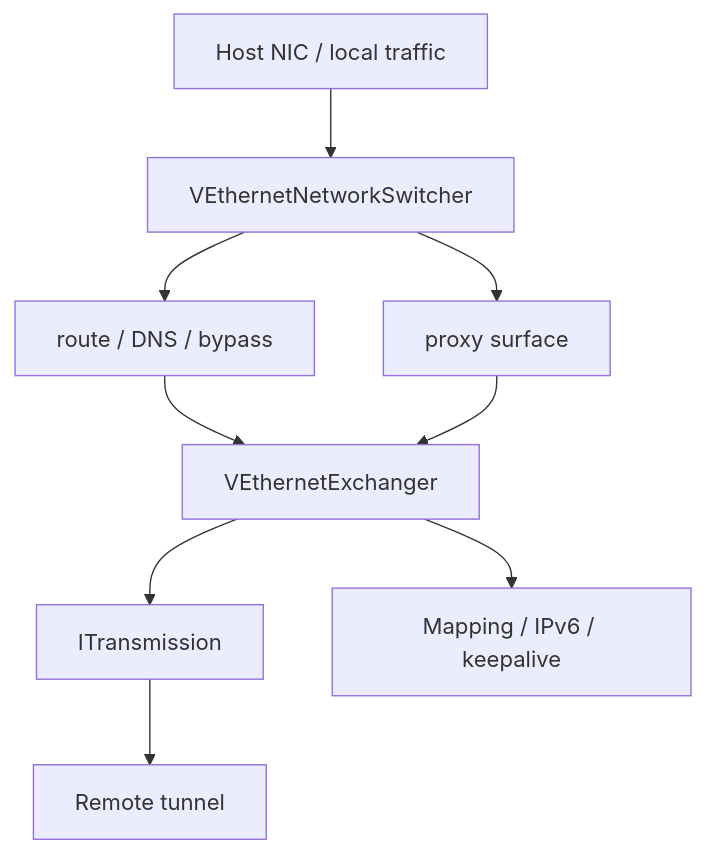
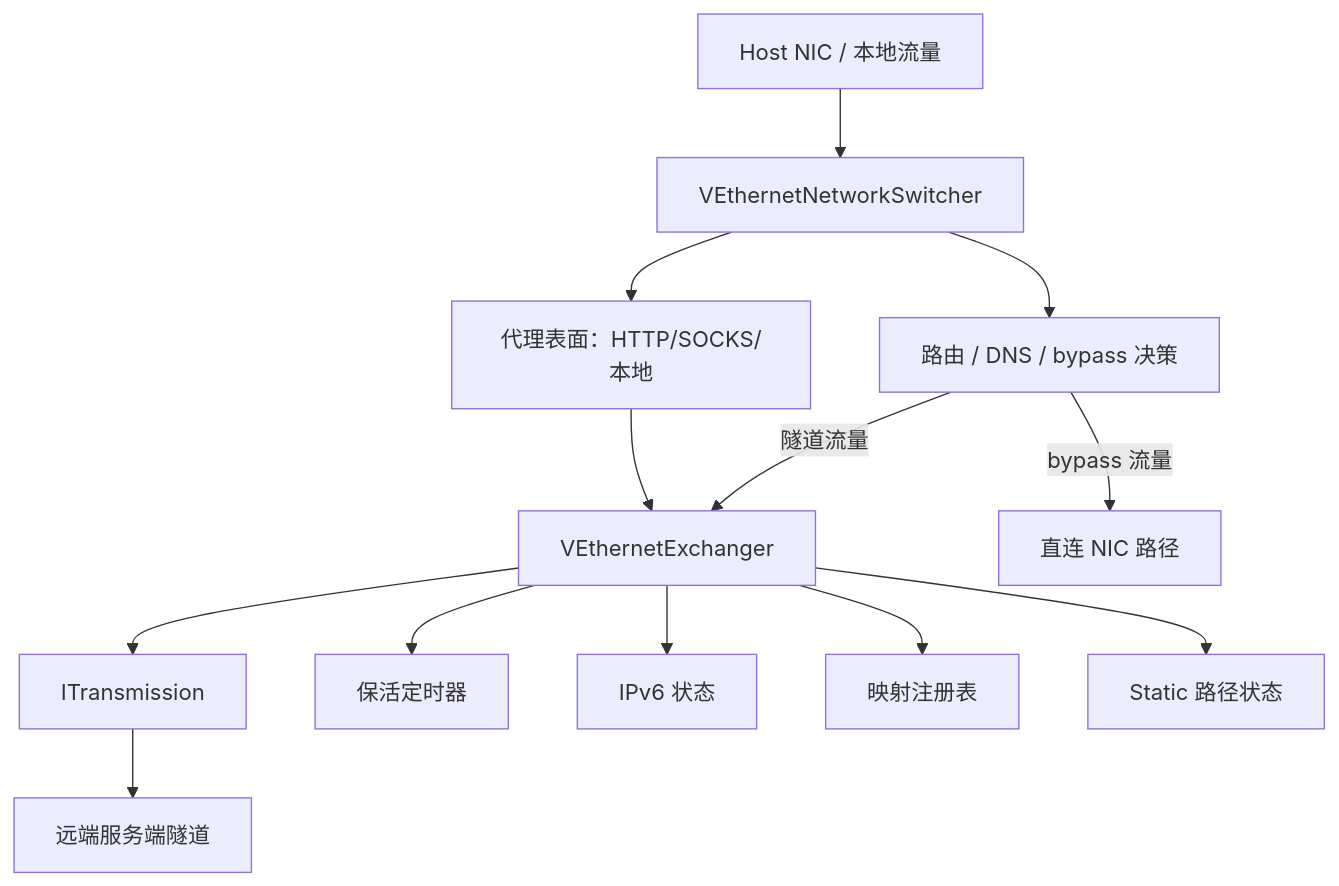
One commit to HyacinthHaru/openppp2 changed the second of 8 diagrams in docs/CLIENT_ARCHITECTURE_CN.md. Above: the diagram before and after it, drawn with Mermaid. The commit also changed other lines of this file and 93 other files, not shown here.

````diff
--- a/docs/CLIENT_ARCHITECTURE_CN.md
+++ b/docs/CLIENT_ARCHITECTURE_CN.md
@@ -30,11 +53,15 @@
 ```mermaid
 flowchart TD
-    A[Host NIC / local traffic] --> B[VEthernetNetworkSwitcher]
-    B --> C[route / DNS / bypass]
-    B --> D[proxy surface]
-    C --> E[VEthernetExchanger]
+    A[Host NIC / 本地流量] --> B[VEthernetNetworkSwitcher]
+    B --> C[路由 / DNS / bypass 决策]
+    B --> D[代理表面：HTTP/SOCKS/本地]
+    C -->|隧道流量| E[VEthernetExchanger]
+    C -->|bypass 流量| F[直连 NIC 路径]
     D --> E
-    E --> F[ITransmission]
-    F --> G[Remote tunnel]
-    E --> H[Mapping / IPv6 / keepalive]
+    E --> G[ITransmission]
+    G --> H[远端服务端隧道]
+    E --> I[保活定时器]
+    E --> J[IPv6 状态]
+    E --> K[映射注册表]
+    E --> L[Static 路径状态]
 ```
````
